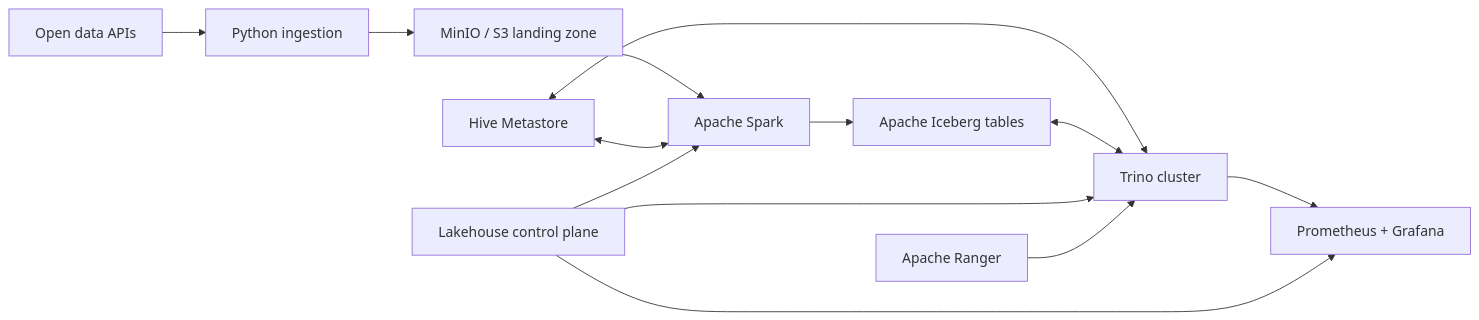
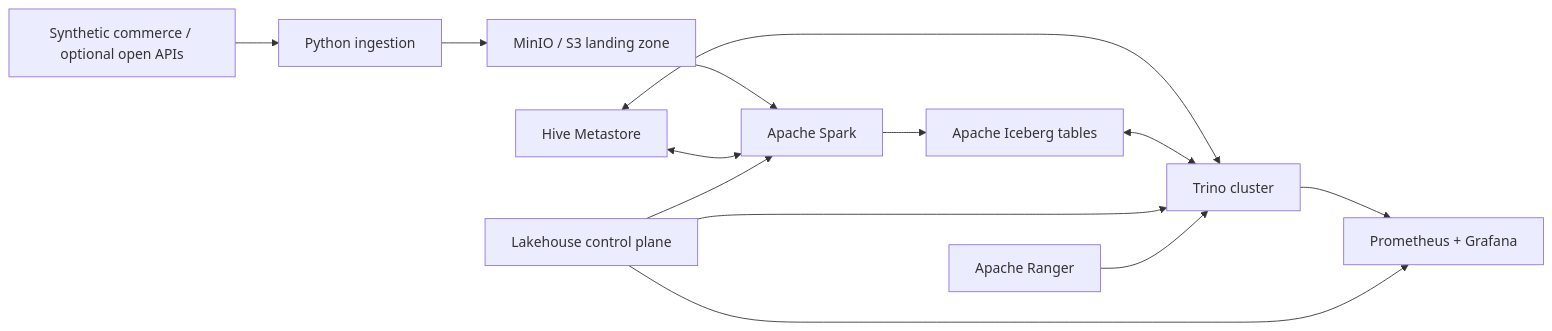
The diagram in README.md (WhySatanic/lakehouse-ops-platform), drawn with Mermaid before and after one commit. The commit also changed other lines of this file and 2 other files, not shown here.

Commit message:
docs: make complete commerce recovery the primary walkthrough

````diff
--- a/README.md
+++ b/README.md
@@ -47,15 +51,15 @@
 ```mermaid
 flowchart LR
-    API["Open data APIs"] --> INGEST["Python ingestion"]
+    API["Synthetic commerce / optional open APIs"] --> INGEST["Python ingestion"]
     INGEST --> S3["MinIO / S3 landing zone"]
     S3 --> SPARK["Apache Spark"]
     SPARK --> ICEBERG["Apache Iceberg tables"]
     HMS["Hive Metastore"] <--> SPARK
     HMS <--> TRINO["Trino cluster"]
     ICEBERG <--> TRINO
     CONTROL["Lakehouse control plane"] --> SPARK
     CONTROL --> TRINO
     RANGER["Apache Ranger"] --> TRINO
     TRINO --> METRICS["Prometheus + Grafana"]
     CONTROL --> METRICS
 ```
````
